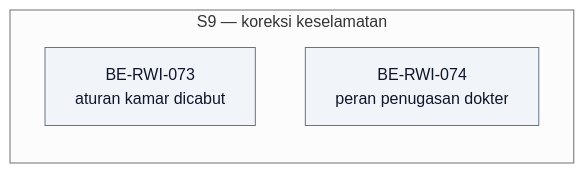
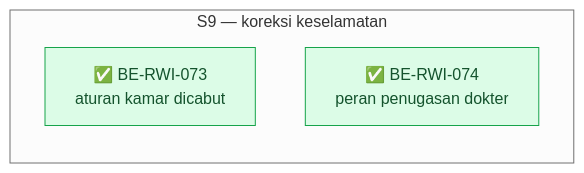
One commit to DevBenari/NewQuilvianSystemBackend changed the fifth of 5 diagrams in docs/module-blueprints/rawat-inap/episode-rawat-inap/roadmap/backend-roadmap.md. Above: the diagram before and after it, drawn with Mermaid (neutral theme). The commit also changed other lines of this file and 37 other files, not shown here.

````diff
--- a/docs/module-blueprints/rawat-inap/episode-rawat-inap/roadmap/backend-roadmap.md
+++ b/docs/module-blueprints/rawat-inap/episode-rawat-inap/roadmap/backend-roadmap.md
@@ -1531,13 +1531,13 @@
 ```mermaid
 flowchart LR
     classDef selesai fill:#DCFCE7,stroke:#16A34A,color:#14532D
     classDef sebagian fill:#FEF9C3,stroke:#CA8A04,color:#713F12
     classDef terblokir fill:#FEE2E2,stroke:#DC2626,color:#7F1D1D
     classDef belum fill:#F1F5F9,stroke:#64748B,color:#0F172A
     classDef luar fill:#EDE9FE,stroke:#7C3AED,color:#3B0764
 
     subgraph s9["S9 — koreksi keselamatan"]
-        BE073["BE-RWI-073<br/>aturan kamar dicabut"]:::belum
-        BE074["BE-RWI-074<br/>peran penugasan dokter"]:::belum
+        BE073["✅ BE-RWI-073<br/>aturan kamar dicabut"]:::selesai
+        BE074["✅ BE-RWI-074<br/>peran penugasan dokter"]:::selesai
     end
 ```
````
